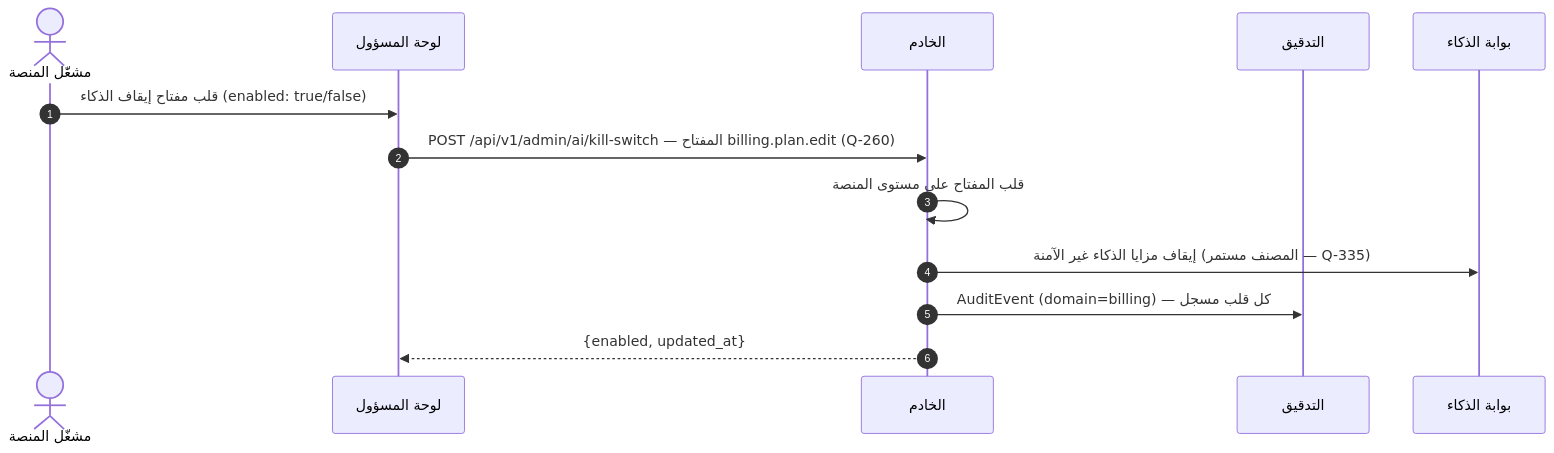
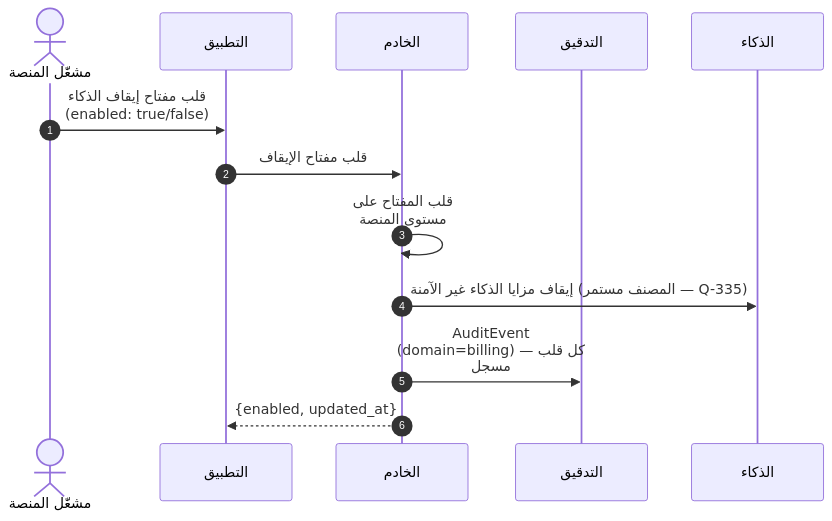
Before and after one commit to Bassam-mohammed-alqaeadi/family-os-v2: the ninth of 25 diagrams in docs/family-os/governance/phases/phase-1/S1-04-plans-and-subscriptions/DIAGRAMS.md, drawn with Mermaid. The commit also changed other lines of this file, not shown here.

````diff
--- a/docs/family-os/governance/phases/phase-1/S1-04-plans-and-subscriptions/DIAGRAMS.md
+++ b/docs/family-os/governance/phases/phase-1/S1-04-plans-and-subscriptions/DIAGRAMS.md
@@ -396,15 +414,16 @@
 ```mermaid
+%%{init: {"sequence": {"wrap": true}}}%%
 sequenceDiagram
     autonumber
     actor Operator as مشغّل المنصة
-    participant App as لوحة المسؤول
+    participant App as التطبيق
     participant Ktor as الخادم
     participant Audit as التدقيق
-    participant Gateway as بوابة الذكاء
+    participant AI as الذكاء
     Operator->>App: قلب مفتاح إيقاف الذكاء (enabled: true/false)
-    App->>Ktor: POST /api/v1/admin/ai/kill-switch — المفتاح billing.plan.edit (Q-260)
+    App->>Ktor: قلب مفتاح الإيقاف
     Ktor->>Ktor: قلب المفتاح على مستوى المنصة
-    Ktor->>Gateway: إيقاف مزايا الذكاء غير الآمنة (المصنف مستمر — Q-335)
+    Ktor->>AI: إيقاف مزايا الذكاء غير الآمنة (المصنف مستمر — Q-335)
     Ktor->>Audit: AuditEvent (domain=billing) — كل قلب مسجل
     Ktor-->>App: {enabled, updated_at}
 ```
````
